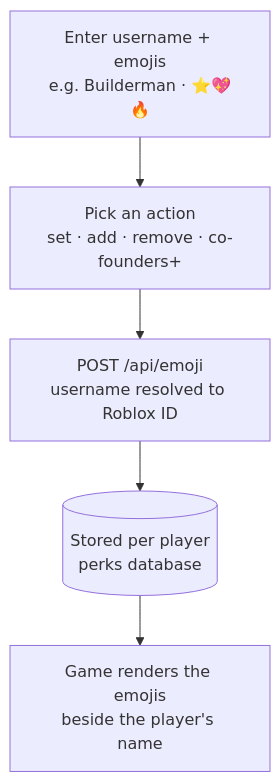
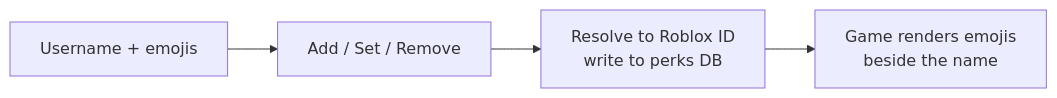
One commit to ashdlasjdh-spec/zeedash changed the diagram in docs-site/docs/emojis.md. Above: the diagram before and after it, drawn with Mermaid. The commit also changed other lines of this file and 23 other files, not shown here.

````diff
--- a/docs-site/docs/emojis.md
+++ b/docs-site/docs/emojis.md
@@ -27,7 +26,6 @@
 ```mermaid
-flowchart TD
-    A[Enter username + emojis<br/>e.g. Builderman · ⭐💖🔥] --> B[Pick an action<br/>set · add · remove · co-founders+]
-    B --> C[POST /api/emoji<br/>username resolved to Roblox ID]
-    C --> D[(Stored per player<br/>perks database)]
-    D --> E[Game renders the emojis<br/>beside the player's name]
+flowchart LR
+    A[Username + emojis] --> B[Add / Set / Remove]
+    B --> C[Resolve to Roblox ID<br/>write to perks DB]
+    C --> D[Game renders emojis<br/>beside the name]
 ```
````
